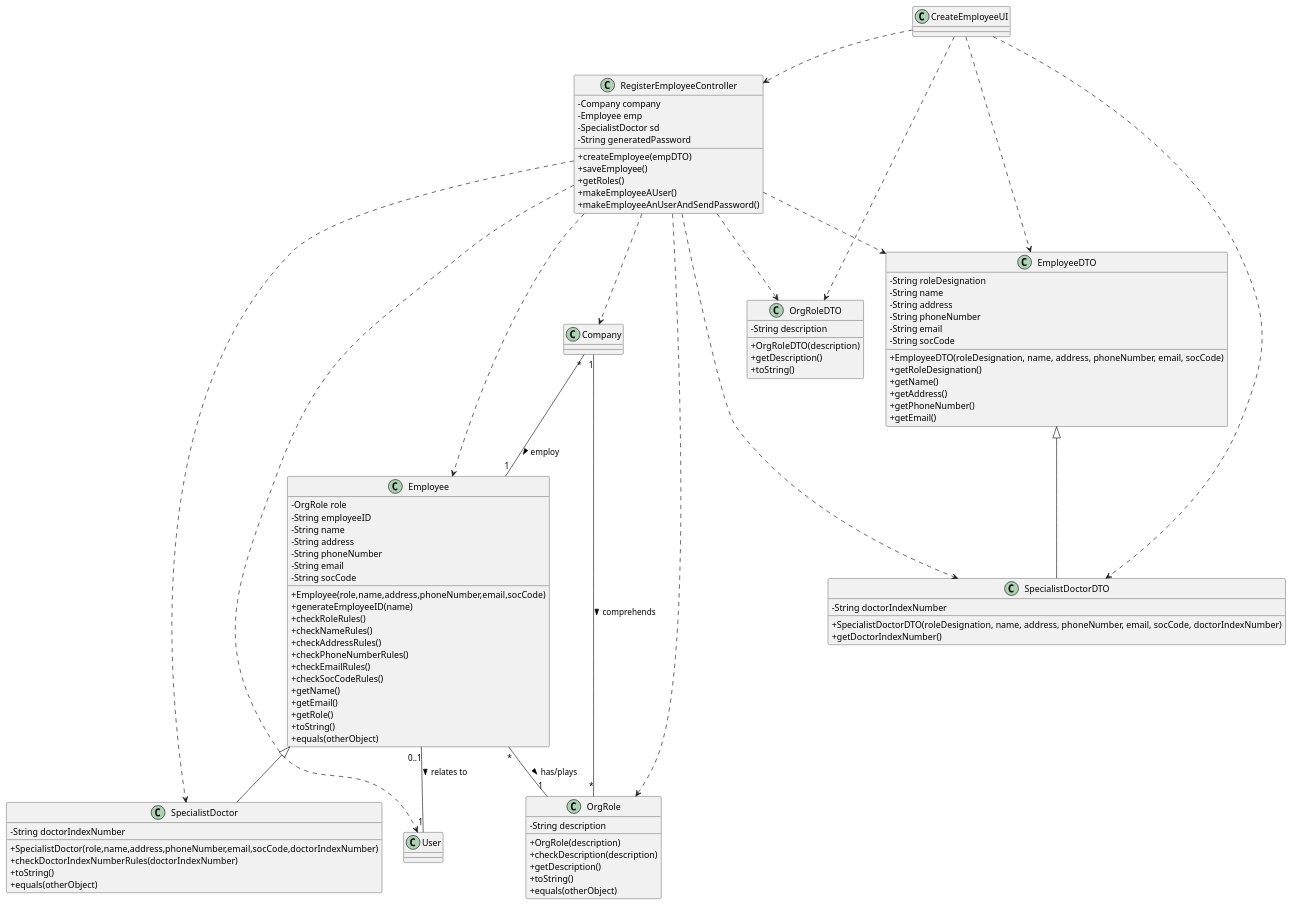
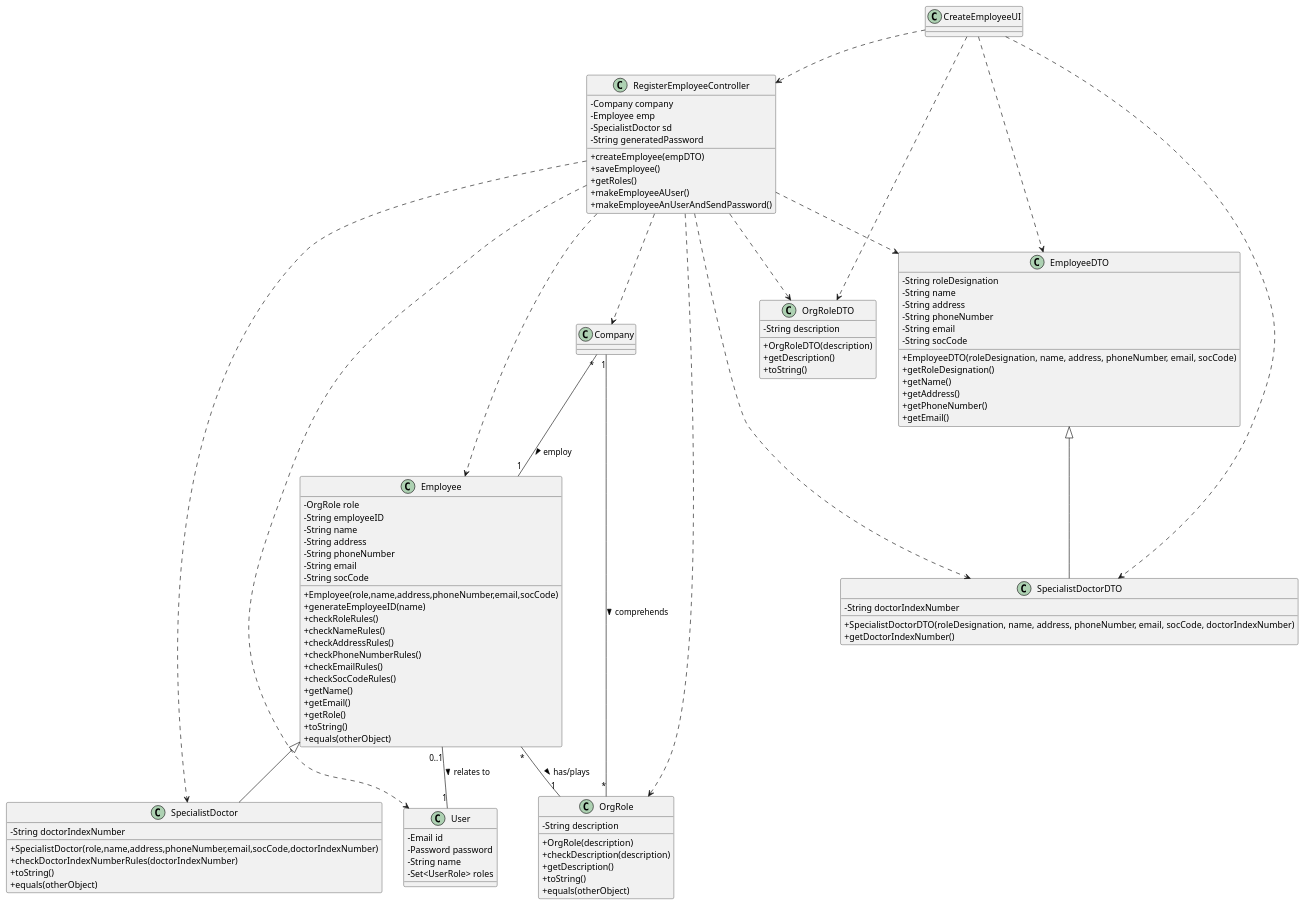
Before and after one commit to ana-albergaria/LAPR2-ISEP: the diagram in docs/SprintB/US_7/US7_CD.puml, drawn with PlantUML. The commit also changed 2 other files, not shown here.

```diff
--- a/docs/SprintB/US_7/US7_CD.puml
+++ b/docs/SprintB/US_7/US7_CD.puml
@@ -1,113 +1,118 @@
 @startuml
 skinparam classAttributeIconSize 0
 
 class CreateEmployeeUI {
 }
 
 class RegisterEmployeeController {
 -Company company
 -Employee emp
 -SpecialistDoctor sd
 -String generatedPassword
 +createEmployee(empDTO)
 +saveEmployee()
 +getRoles()
 +makeEmployeeAUser()
 +makeEmployeeAnUserAndSendPassword()
 }
 
 class Employee {
 -OrgRole role
 -String employeeID
 -String name
 -String address
 -String phoneNumber
 -String email
 -String socCode
 +Employee(role,name,address,phoneNumber,email,socCode)
 +generateEmployeeID(name)
 +checkRoleRules()
 +checkNameRules()
 +checkAddressRules()
 +checkPhoneNumberRules()
 +checkEmailRules()
 +checkSocCodeRules()
 +getName()
 +getEmail()
 +getRole()
 +toString()
 +equals(otherObject)
 }
 
 class SpecialistDoctor {
 -String doctorIndexNumber
 +SpecialistDoctor(role,name,address,phoneNumber,email,socCode,doctorIndexNumber)
 +checkDoctorIndexNumberRules(doctorIndexNumber)
 +toString()
 +equals(otherObject)
 }
 
 class OrgRole {
 -String description
 +OrgRole(description)
 +checkDescription(description)
 +getDescription()
 +toString()
 +equals(otherObject)
 }
 
 class OrgRoleDTO {
 -String description
 +OrgRoleDTO(description)
 +getDescription()
 +toString()
 }
 
 class EmployeeDTO {
 -String roleDesignation
 -String name
 -String address
 -String phoneNumber
 -String email
 -String socCode
 +EmployeeDTO(roleDesignation, name, address, phoneNumber, email, socCode)
 +getRoleDesignation()
 +getName()
 +getAddress()
 +getPhoneNumber()
 +getEmail()
 }
 
 class SpecialistDoctorDTO {
 -String doctorIndexNumber
 +SpecialistDoctorDTO(roleDesignation, name, address, phoneNumber, email, socCode, doctorIndexNumber)
 +getDoctorIndexNumber()
 }
 
 class User {
+-Email id
+-Password password
+-String name
+-Set<UserRole> roles
+
 }
 
 CreateEmployeeUI ..> RegisterEmployeeController
 Employee <|-- SpecialistDoctor
 RegisterEmployeeController ..> Employee
 RegisterEmployeeController ..> SpecialistDoctor
 CreateEmployeeUI ..> EmployeeDTO
 CreateEmployeeUI ..> SpecialistDoctorDTO
 RegisterEmployeeController ..> EmployeeDTO
 RegisterEmployeeController ..> SpecialistDoctorDTO
 RegisterEmployeeController ..> OrgRoleDTO
 CreateEmployeeUI ..> OrgRoleDTO
 RegisterEmployeeController ..> Company
 RegisterEmployeeController ..> OrgRole
 
 EmployeeDTO <|-- SpecialistDoctorDTO
 
 Employee "*" -- "1" OrgRole : has/plays >
 Company "1" -- "*" OrgRole : comprehends >
 Company "*" -- "1" Employee : employ >
 Employee "0..1" -- "1" User : relates to >
 
 RegisterEmployeeController ..> User
 
 
 @enduml
```
